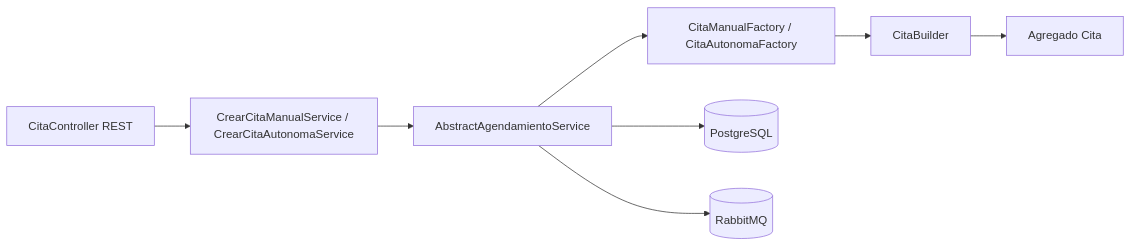
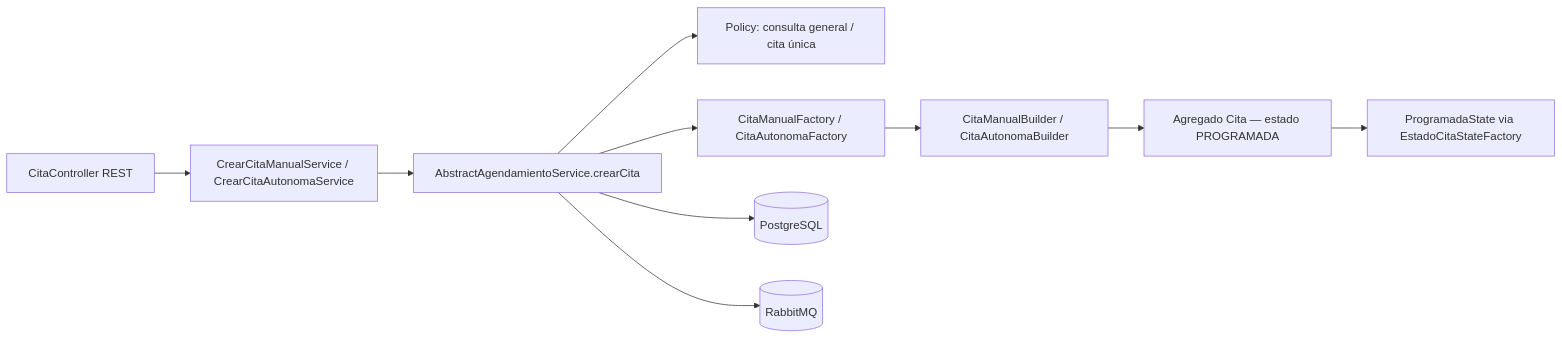
The third of 4 diagrams in README.md (rhony-martinez/piedrazul_microservices), drawn with Mermaid before and after one commit. The commit also changed other lines of this file, not shown here.

````diff
--- a/README.md
+++ b/README.md
@@ -1256,10 +1562,12 @@
 ```mermaid
 flowchart LR
     A[CitaController REST] --> B[CrearCitaManualService / CrearCitaAutonomaService]
-    B --> T[AbstractAgendamientoService]
+    B --> T[AbstractAgendamientoService.crearCita]
+    T --> P[Policy: consulta general / cita única]
     T --> F[CitaManualFactory / CitaAutonomaFactory]
-    F --> BD[CitaBuilder]
-    BD --> C[Agregado Cita]
+    F --> BD[CitaManualBuilder / CitaAutonomaBuilder]
+    BD --> C[Agregado Cita — estado PROGRAMADA]
+    C --> S[ProgramadaState via EstadoCitaStateFactory]
     T --> R[(PostgreSQL)]
     T --> Q[(RabbitMQ)]
 ```
````
